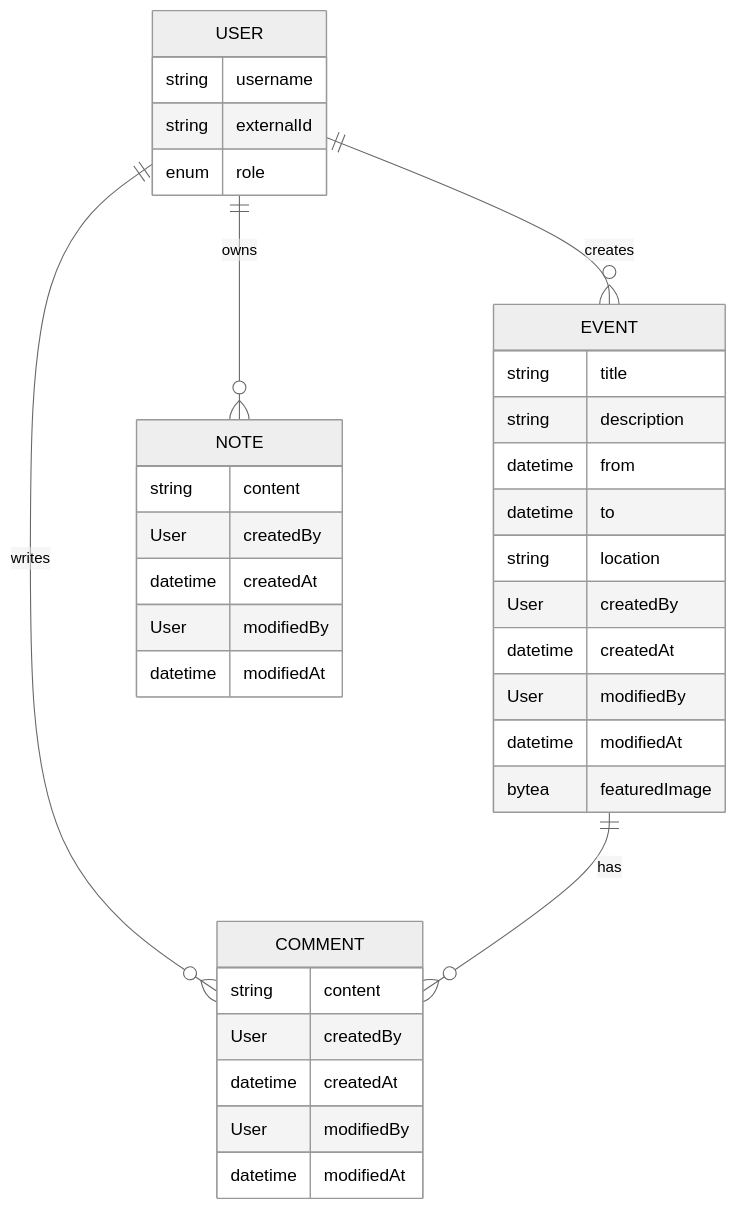
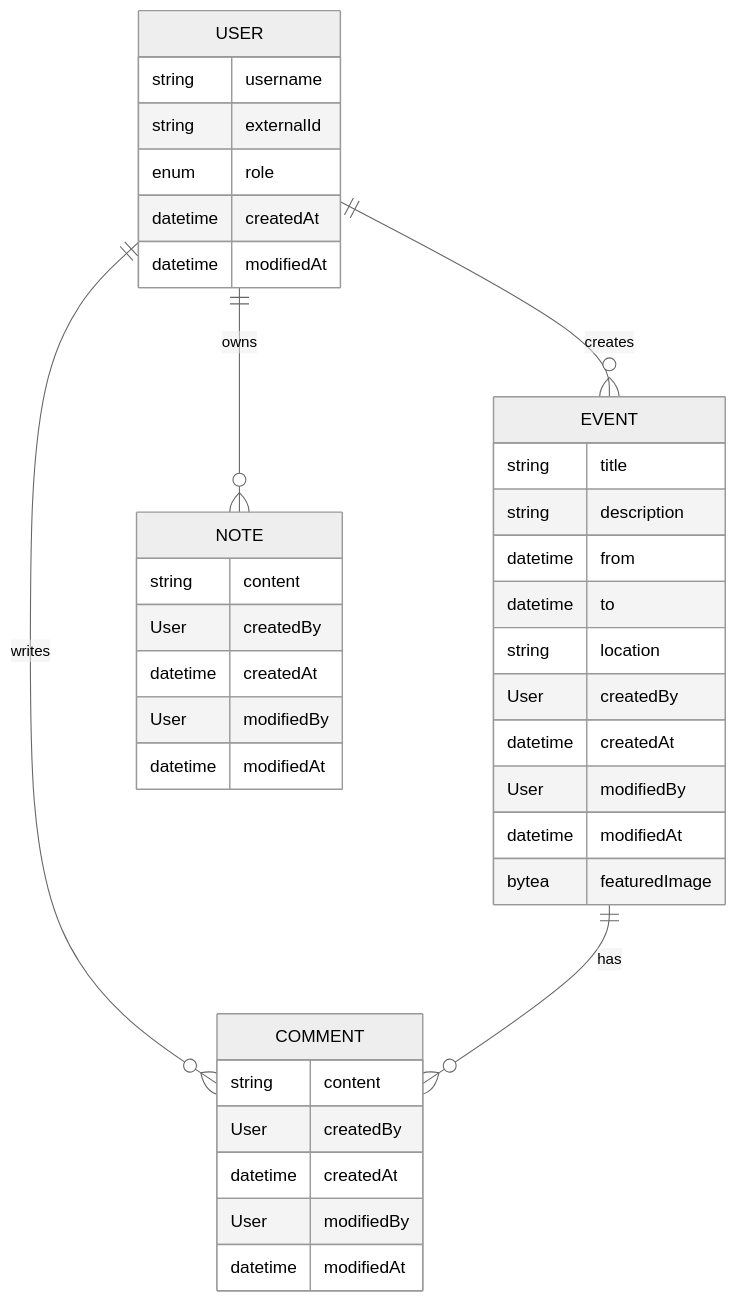
The diagram in README.md (rufer7/cas-ssdd-2026-project), drawn with Mermaid (neutral theme) before and after one commit. The commit also changed other lines of this file, not shown here.

````diff
--- a/README.md
+++ b/README.md
@@ -57,42 +57,44 @@
 ```mermaid
 erDiagram
   USER {
     string username
     string externalId
     enum role
+    datetime createdAt
+    datetime modifiedAt
   }
 
   EVENT {
     string title
     string description
     datetime from
     datetime to
     string location
     User createdBy
     datetime createdAt
     User modifiedBy
     datetime modifiedAt
     bytea featuredImage
   }
 
   COMMENT {
     string content
     User createdBy
     datetime createdAt
     User modifiedBy
     datetime modifiedAt
   }
 
   NOTE {
     string content
     User createdBy
     datetime createdAt
     User modifiedBy
     datetime modifiedAt
   }
 
   USER ||--o{ EVENT : creates
   USER ||--o{ COMMENT : writes
   USER ||--o{ NOTE : owns
   EVENT ||--o{ COMMENT : has
 ```
````
